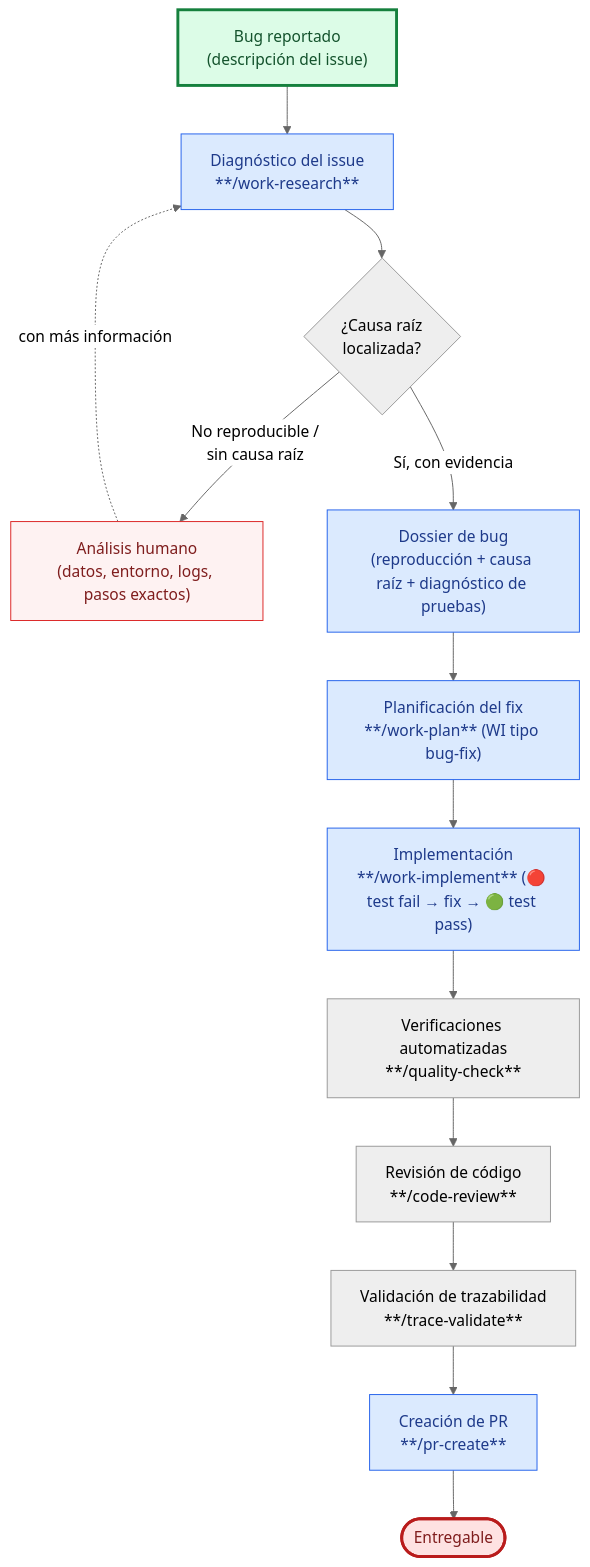
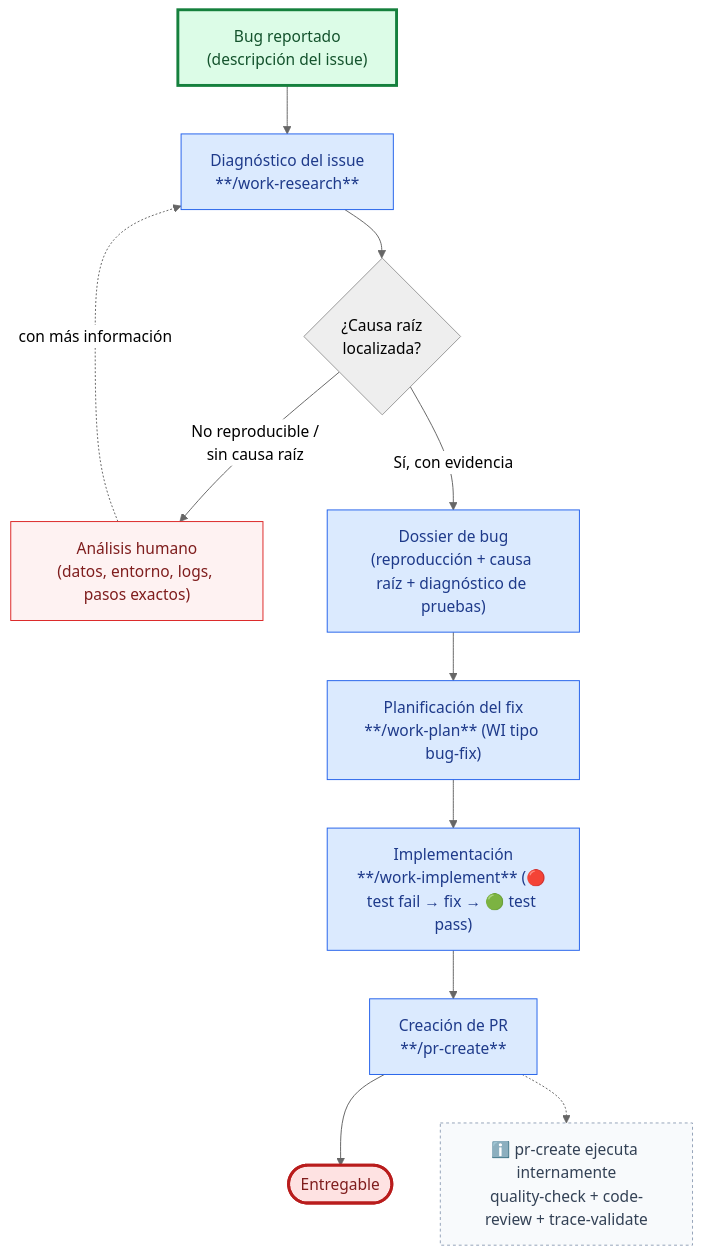
The diagram in docs/use-cases/fix-a-bug.md (juanca202/ai), drawn with Mermaid (neutral theme) before and after one commit. The commit also changed other lines of this file and 4 other files, not shown here.

First line of the commit message:
docs(use-cases): collapse quality gates into a pr-create note in flow diagrams

````diff
--- a/docs/use-cases/fix-a-bug.md
+++ b/docs/use-cases/fix-a-bug.md
@@ -5,24 +5,25 @@
 ```mermaid
 flowchart TD
     A["Bug reportado<br/>(descripción del issue)"] --> B["Diagnóstico del issue<br/>**/work-research**"]
     B --> C{"¿Causa raíz<br/>localizada?"}
     C -->|"No reproducible /<br/>sin causa raíz"| H["Análisis humano<br/>(datos, entorno, logs, pasos exactos)"]
     C -->|"Sí, con evidencia"| D["Dossier de bug<br/>(reproducción + causa raíz + diagnóstico de pruebas)"]
     D --> E["Planificación del fix<br/>**/work-plan** (WI tipo bug-fix)"]
     E --> F["Implementación<br/>**/work-implement** (🔴 test fail → fix → 🟢 test pass)"]
-    F --> G0["Verificaciones automatizadas<br/>**/quality-check**"]
-    G0 --> G1["Revisión de código<br/>**/code-review**"]
-    G1 --> G2["Validación de trazabilidad<br/>**/trace-validate**"]
-    G2 --> I["Creación de PR<br/>**/pr-create**"]
+    F --> I["Creación de PR<br/>**/pr-create**"]
     I --> J(["Entregable"])
     H -.->|"con más información"| B
+    NOTE["ℹ️ pr-create ejecuta internamente<br/>quality-check + code-review + trace-validate"]
+    I -.-> NOTE
 
     classDef main fill:#dbeafe,stroke:#2563eb,color:#1e3a8a
     classDef human fill:#fef2f2,stroke:#dc2626,color:#7f1d1d
     classDef entryPoint fill:#dcfce7,stroke:#15803d,stroke-width:3px,color:#14532d
     classDef exitPoint fill:#fee2e2,stroke:#b91c1c,stroke-width:3px,color:#7f1d1d
+    classDef note fill:#f8fafc,stroke:#94a3b8,stroke-width:1px,stroke-dasharray:3 3,color:#334155
     class B,D,E,F,I main
     class H human
     class A entryPoint
     class J exitPoint
+    class NOTE note
 ```
````
